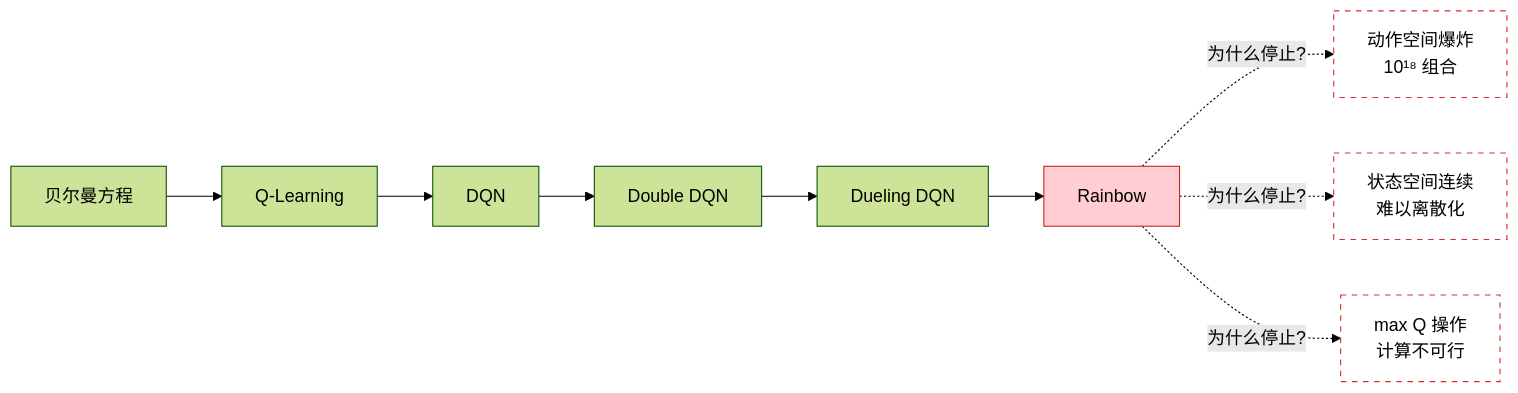
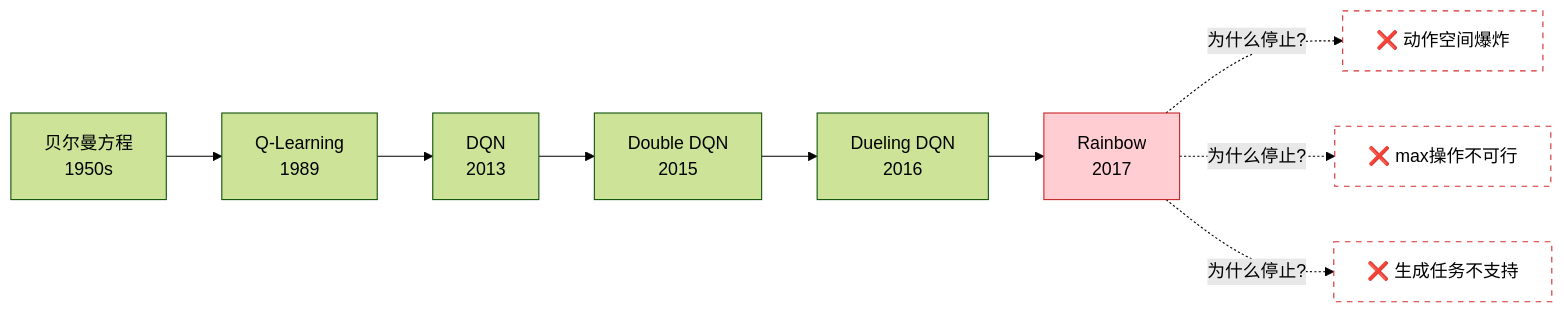
One commit to konyellin-cyber/RL changed the second of 10 diagrams in theory/foundations/04_rl_evolution_to_onerec.md. Above: the diagram before and after it, drawn with Mermaid (forest theme). The commit also changed other lines of this file and 3 other files, not shown here.

````diff
--- a/theory/foundations/04_rl_evolution_to_onerec.md
+++ b/theory/foundations/04_rl_evolution_to_onerec.md
@@ -101,17 +251,17 @@
 ```mermaid
 graph LR
-    A[贝尔曼方程] --> B[Q-Learning]
-    B --> C[DQN]
-    C --> D[Double DQN]
-    D --> E[Dueling DQN]
-    E --> F[Rainbow]
+    A[贝尔曼方程<br/>1950s] --> B[Q-Learning<br/>1989]
+    B --> C[DQN<br/>2013]
+    C --> D[Double DQN<br/>2015]
+    D --> E[Dueling DQN<br/>2016]
+    E --> F[Rainbow<br/>2017]
     
-    F -.为什么停止?.-> G["动作空间爆炸<br/>10¹⁸ 组合"]
-    F -.为什么停止?.-> H["状态空间连续<br/>难以离散化"]
-    F -.为什么停止?.-> I["max Q 操作<br/>计算不可行"]
+    F -.为什么停止?.-> G["❌ 动作空间爆炸"]
+    F -.为什么停止?.-> H["❌ max操作不可行"]
+    F -.为什么停止?.-> I["❌ 生成任务不支持"]
     
     style F fill:#ffcdd2,stroke:#c62828
     style G fill:#fff,stroke:#d32f2f,stroke-dasharray:5 5
     style H fill:#fff,stroke:#d32f2f,stroke-dasharray:5 5
     style I fill:#fff,stroke:#d32f2f,stroke-dasharray:5 5
 ```
````
